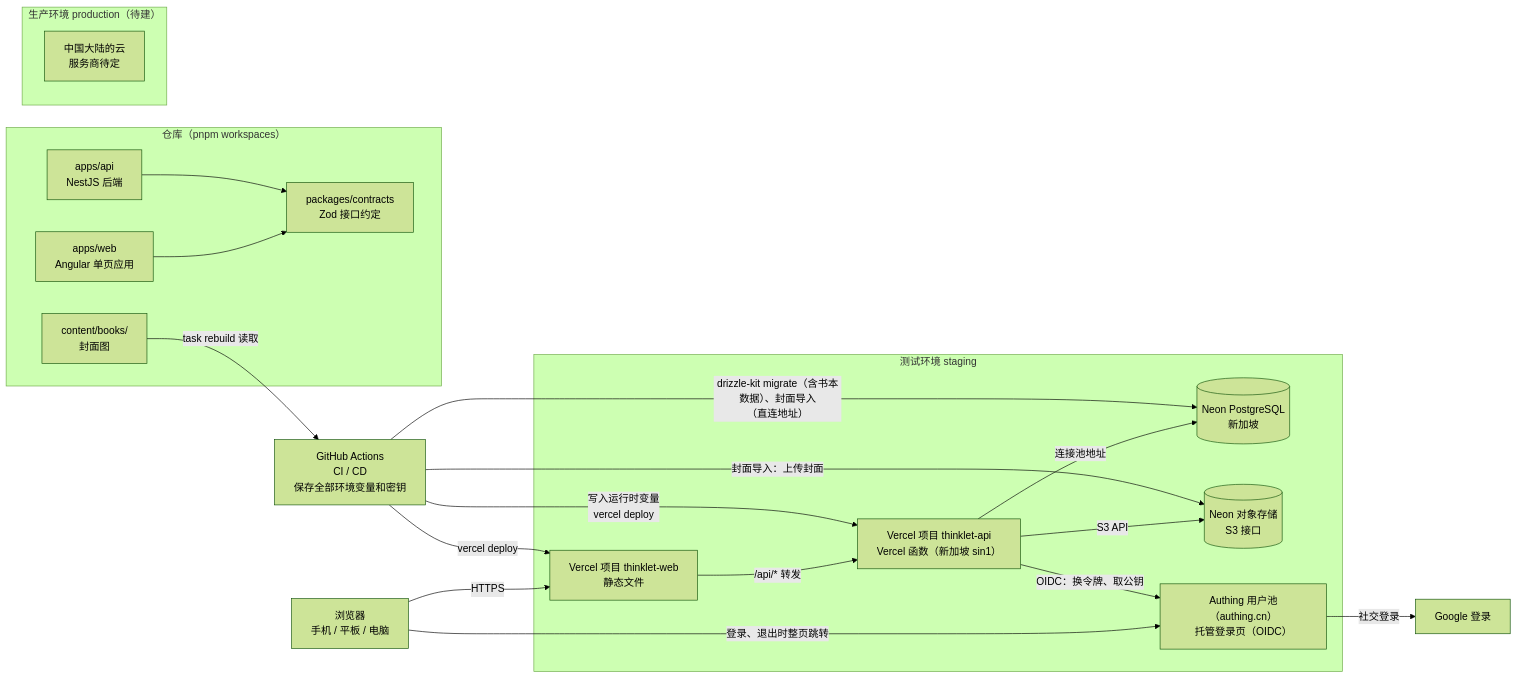
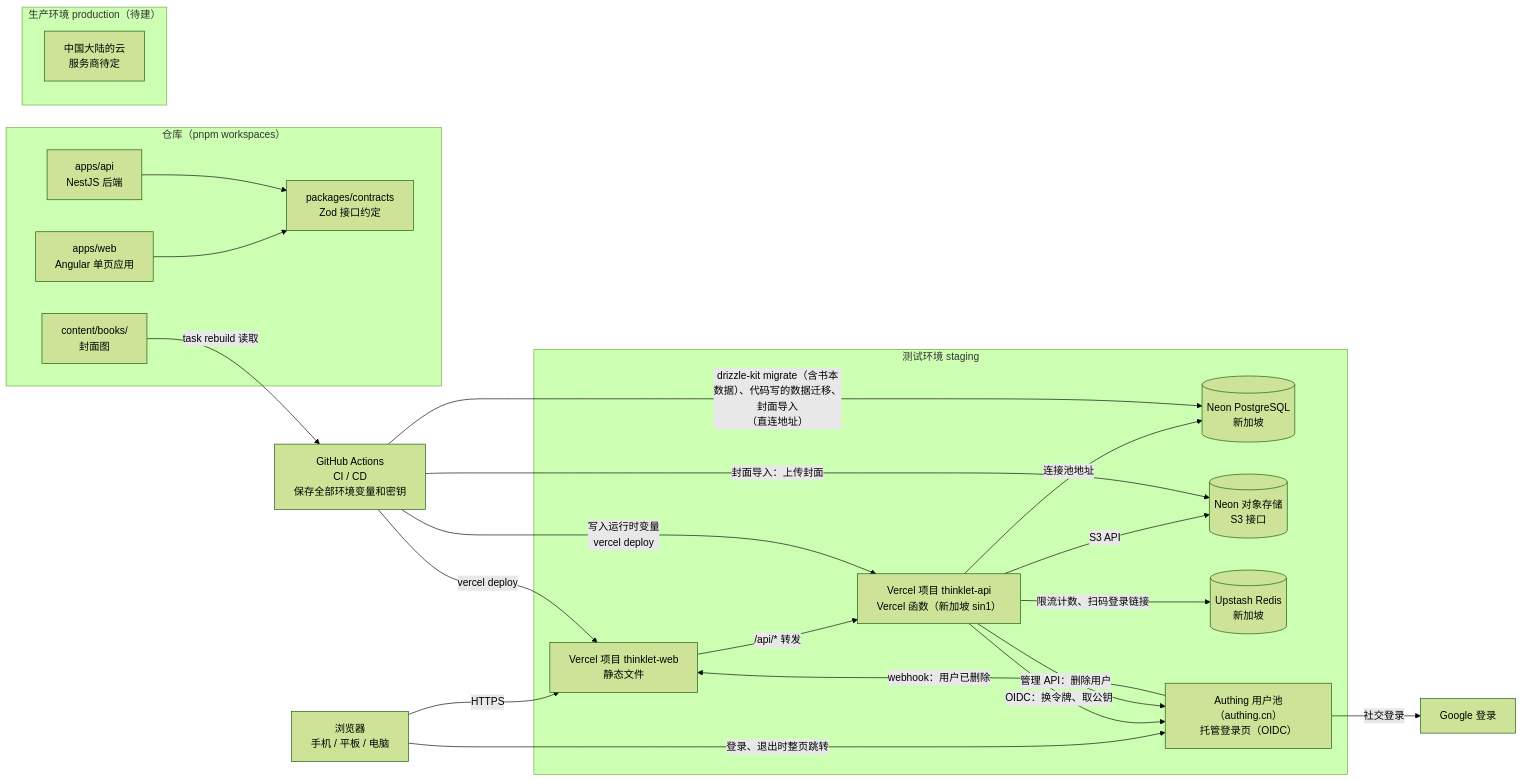
One commit to juanchaopan/thinklet changed the diagram in .docs/architecture.md. Above: the diagram before and after it, drawn with Mermaid (forest theme). The commit also changed other lines of this file and 781 other files, not shown here.

````diff
--- a/.docs/architecture.md
+++ b/.docs/architecture.md
@@ -9,40 +9,44 @@
 ```mermaid
 flowchart LR
   browser["浏览器<br/>手机 / 平板 / 电脑"]
 
   subgraph repo["仓库（pnpm workspaces）"]
     web["apps/web<br/>Angular 单页应用"]
     api["apps/api<br/>NestJS 后端"]
     contracts["packages/contracts<br/>Zod 接口约定"]
     content["content/books/<br/>封面图"]
   end
 
   subgraph staging["测试环境 staging"]
     vweb["Vercel 项目 thinklet-web<br/>静态文件"]
     vapi["Vercel 项目 thinklet-api<br/>Vercel 函数（新加坡 sin1）"]
     npg[("Neon PostgreSQL<br/>新加坡")]
     ns3[("Neon 对象存储<br/>S3 接口")]
+    redis[("Upstash Redis<br/>新加坡")]
     authing["Authing 用户池（authing.cn）<br/>托管登录页（OIDC）"]
   end
 
   subgraph production["生产环境 production（待建）"]
     cn["中国大陆的云<br/>服务商待定"]
   end
 
   google["Google 登录"]
 
   web --> contracts
   api --> contracts
   browser -->|"HTTPS"| vweb
   browser -->|"登录、退出时整页跳转"| authing
   vweb -->|"/api/* 转发"| vapi
   vapi -->|"连接池地址"| npg
   vapi -->|"S3 API"| ns3
   vapi -->|"OIDC：换令牌、取公钥"| authing
+  vapi -->|"管理 API：删除用户"| authing
+  authing -->|"webhook：用户已删除"| vweb
+  vapi -->|"限流计数、扫码登录链接"| redis
   authing -->|"社交登录"| google
-  gha["GitHub Actions<br/>CI / CD<br/>保存全部环境变量和密钥"] -->|"drizzle-kit migrate（含书本数据）、封面导入<br/>（直连地址）"| npg
+  gha["GitHub Actions<br/>CI / CD<br/>保存全部环境变量和密钥"] -->|"drizzle-kit migrate（含书本数据）、代码写的数据迁移、封面导入<br/>（直连地址）"| npg
   content -->|"task rebuild 读取"| gha
   gha -->|"封面导入：上传封面"| ns3
   gha -->|"vercel deploy"| vweb
   gha -->|"写入运行时变量<br/>vercel deploy"| vapi
 ```
````
